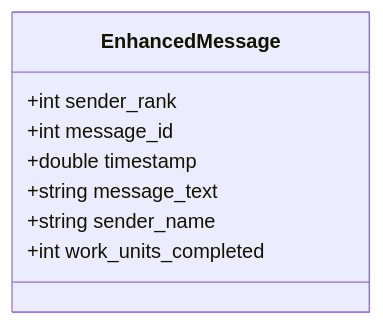
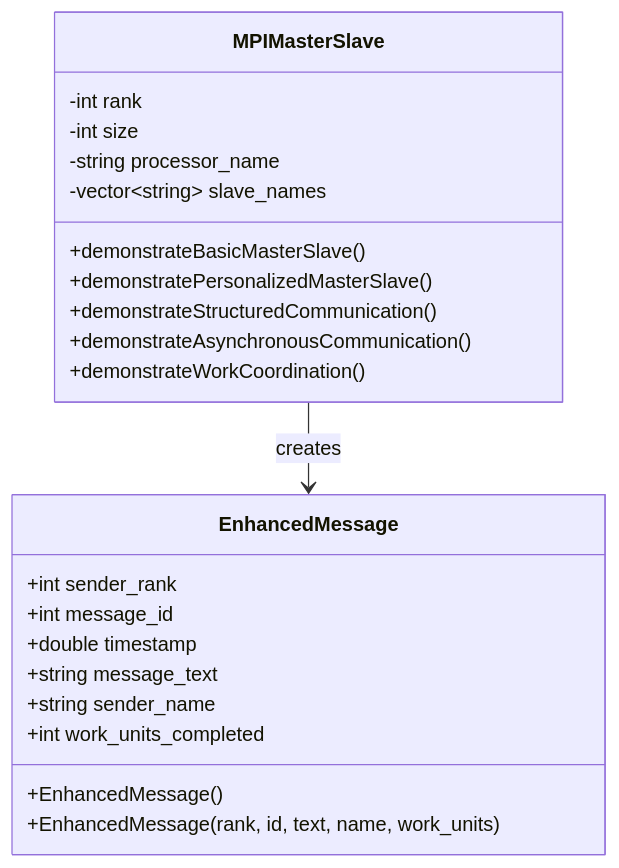
The fifth of 8 diagrams in 6004CEM_FINAL_SUBMISSION/TASK2B_DISTRIBUTED_PORTFOLIO/DOCUMENTATION/SCREENSHOTS_AND_DIAGRAMS.md (matthewloh/6004cem), drawn with Mermaid before and after one commit. The commit also changed other lines of this file and 1 other file, not shown here.

````diff
--- a/6004CEM_FINAL_SUBMISSION/TASK2B_DISTRIBUTED_PORTFOLIO/DOCUMENTATION/SCREENSHOTS_AND_DIAGRAMS.md
+++ b/6004CEM_FINAL_SUBMISSION/TASK2B_DISTRIBUTED_PORTFOLIO/DOCUMENTATION/SCREENSHOTS_AND_DIAGRAMS.md
@@ -150,11 +148,27 @@
 ```mermaid
 classDiagram
     class EnhancedMessage {
         +int sender_rank
         +int message_id
         +double timestamp
         +string message_text
         +string sender_name
         +int work_units_completed
+        +EnhancedMessage()
+        +EnhancedMessage(rank, id, text, name, work_units)
     }
+    
+    class MPIMasterSlave {
+        -int rank
+        -int size
+        -string processor_name
+        -vector~string~ slave_names
+        +demonstrateBasicMasterSlave()
+        +demonstratePersonalizedMasterSlave()
+        +demonstrateStructuredCommunication()
+        +demonstrateAsynchronousCommunication()
+        +demonstrateWorkCoordination()
+    }
+    
+    MPIMasterSlave --> EnhancedMessage : creates
 ```
````
